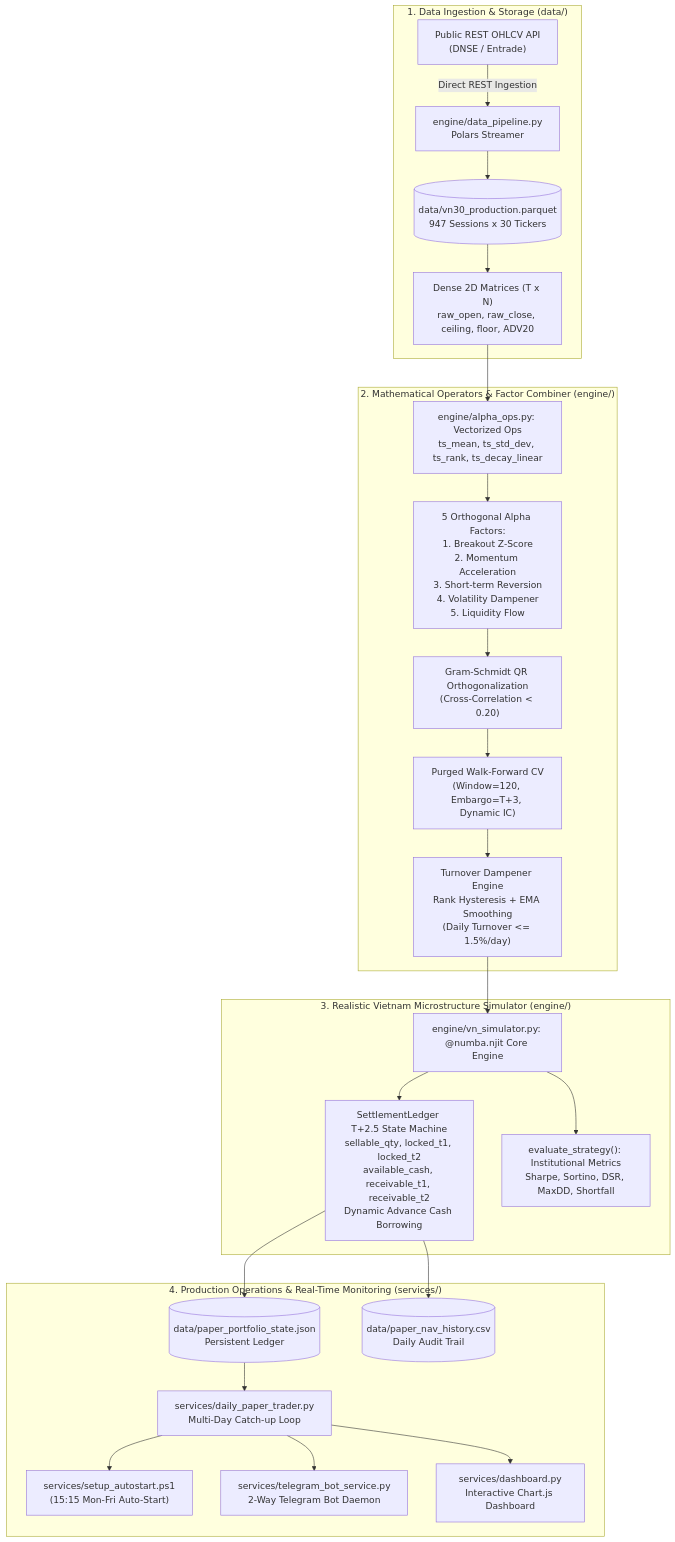
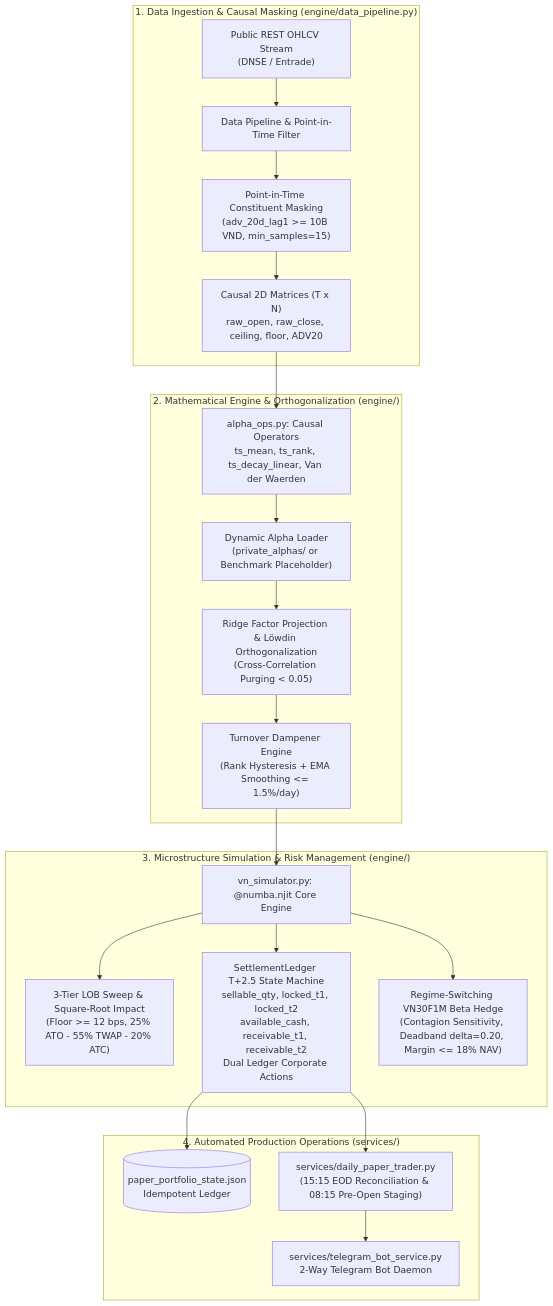
The diagram in README.md (Vincent807759/lean-vn-quant), drawn with Mermaid before and after one commit. The commit also changed other lines of this file and 21 other files, not shown here.

Commit message:
feat(quant-core): institutional release of Lean VN-Quant execution engine, PIT masking & dynamic risk management

````diff
--- a/README.md
+++ b/README.md
@@ -28,31 +23,28 @@
 ```mermaid
 flowchart TD
-    subgraph Data_Layer ["1. Data Ingestion & Storage (data/)"]
-        API["Public REST OHLCV API\n(DNSE / Entrade)"] -->|Direct REST Ingestion| Fetcher["engine/data_pipeline.py\nPolars Streamer"]
-        Fetcher --> Parquet[("data/vn30_production.parquet\n947 Sessions x 30 Tickers")]
-        Parquet --> Matrix["Dense 2D Matrices (T x N)\nraw_open, raw_close, ceiling, floor, ADV20"]
+    subgraph Data_Layer ["1. Data Ingestion & Causal Masking (engine/data_pipeline.py)"]
+        API["Public REST OHLCV Stream\n(DNSE / Entrade)"] --> Fetcher["Data Pipeline & Point-in-Time Filter"]
+        Fetcher --> Mask["Point-in-Time Constituent Masking\n(adv_20d_lag1 >= 10B VND, min_samples=15)"]
+        Mask --> Matrix["Causal 2D Matrices (T x N)\nraw_open, raw_close, ceiling, floor, ADV20"]
     end
 
-    subgraph Alpha_Layer ["2. Mathematical Operators & Factor Combiner (engine/)"]
-        Matrix --> Ops["engine/alpha_ops.py: Vectorized Ops\nts_mean, ts_std_dev, ts_rank, ts_decay_linear"]
-        Ops --> Factors["5 Orthogonal Alpha Factors:\n1. Breakout Z-Score\n2. Momentum Acceleration\n3. Short-term Reversion\n4. Volatility Dampener\n5. Liquidity Flow"]
-        Factors --> QR["Gram-Schmidt QR Orthogonalization\n(Cross-Correlation < 0.20)"]
-        QR --> PurgedWF["Purged Walk-Forward CV\n(Window=120, Embargo=T+3, Dynamic IC)"]
-        PurgedWF --> Dampener["Turnover Dampener Engine\nRank Hysteresis + EMA Smoothing\n(Daily Turnover <= 1.5%/day)"]
+    subgraph Alpha_Layer ["2. Mathematical Engine & Orthogonalization (engine/)"]
+        Matrix --> Ops["alpha_ops.py: Causal Operators\nts_mean, ts_rank, ts_decay_linear, Van der Waerden"]
+        Ops --> Plugin["Dynamic Alpha Loader\n(private_alphas/ or Benchmark Placeholder)"]
+        Plugin --> Ortho["Ridge Factor Projection & Löwdin Orthogonalization\n(Cross-Correlation Purging < 0.05)"]
+        Ortho --> Dampener["Turnover Dampener Engine\n(Rank Hysteresis + EMA Smoothing <= 1.5%/day)"]
     end
 
-    subgraph Simulation_Layer ["3. Realistic Vietnam Microstructure Simulator (engine/)"]
-        Dampener --> Simulator["engine/vn_simulator.py: @numba.njit Core Engine"]
-        Simulator --> Ledger["SettlementLedger T+2.5 State Machine\nsellable_qty, locked_t1, locked_t2\navailable_cash, receivable_t1, receivable_t2\nDynamic Advance Cash Borrowing"]
-        Simulator --> Metrics["evaluate_strategy(): Institutional Metrics\nSharpe, Sortino, DSR, MaxDD, Shortfall"]
+    subgraph Sim_Layer ["3. Microstructure Simulation & Risk Management (engine/)"]
+        Dampener --> Simulator["vn_simulator.py: @numba.njit Core Engine"]
+        Simulator --> LOB["3-Tier LOB Sweep & Square-Root Impact\n(Floor >= 12 bps, 25% ATO - 55% TWAP - 20% ATC)"]
+        Simulator --> Ledger["SettlementLedger T+2.5 State Machine\nsellable_qty, locked_t1, locked_t2\navailable_cash, receivable_t1, receivable_t2\nDual Ledger Corporate Actions"]
+        Simulator --> Hedge["Regime-Switching VN30F1M Beta Hedge\n(Contagion Sensitivity, Deadband delta=0.20, Margin <= 18% NAV)"]
     end
 
-    subgraph Production_Layer ["4. Production Operations & Real-Time Monitoring (services/)"]
-        Ledger --> StateJSON[("data/paper_portfolio_state.json\nPersistent Ledger")]
-        Ledger --> NavCSV[("data/paper_nav_history.csv\nDaily Audit Trail")]
-        StateJSON --> AutoTrader["services/daily_paper_trader.py\nMulti-Day Catch-up Loop"]
-        AutoTrader --> TaskSched["services/setup_autostart.ps1\n(15:15 Mon-Fri Auto-Start)"]
-        AutoTrader --> TelegramBot["services/telegram_bot_service.py\n2-Way Telegram Bot Daemon"]
-        AutoTrader --> Dashboard["services/dashboard.py\nInteractive Chart.js Dashboard"]
+    subgraph Ops_Layer ["4. Automated Production Operations (services/)"]
+        Ledger --> StateJSON[("paper_portfolio_state.json\nIdempotent Ledger")]
+        Ledger --> Trader["services/daily_paper_trader.py\n(15:15 EOD Reconciliation & 08:15 Pre-Open Staging)"]
+        Trader --> Telegram["services/telegram_bot_service.py\n2-Way Telegram Bot Daemon"]
     end
 ```
````
